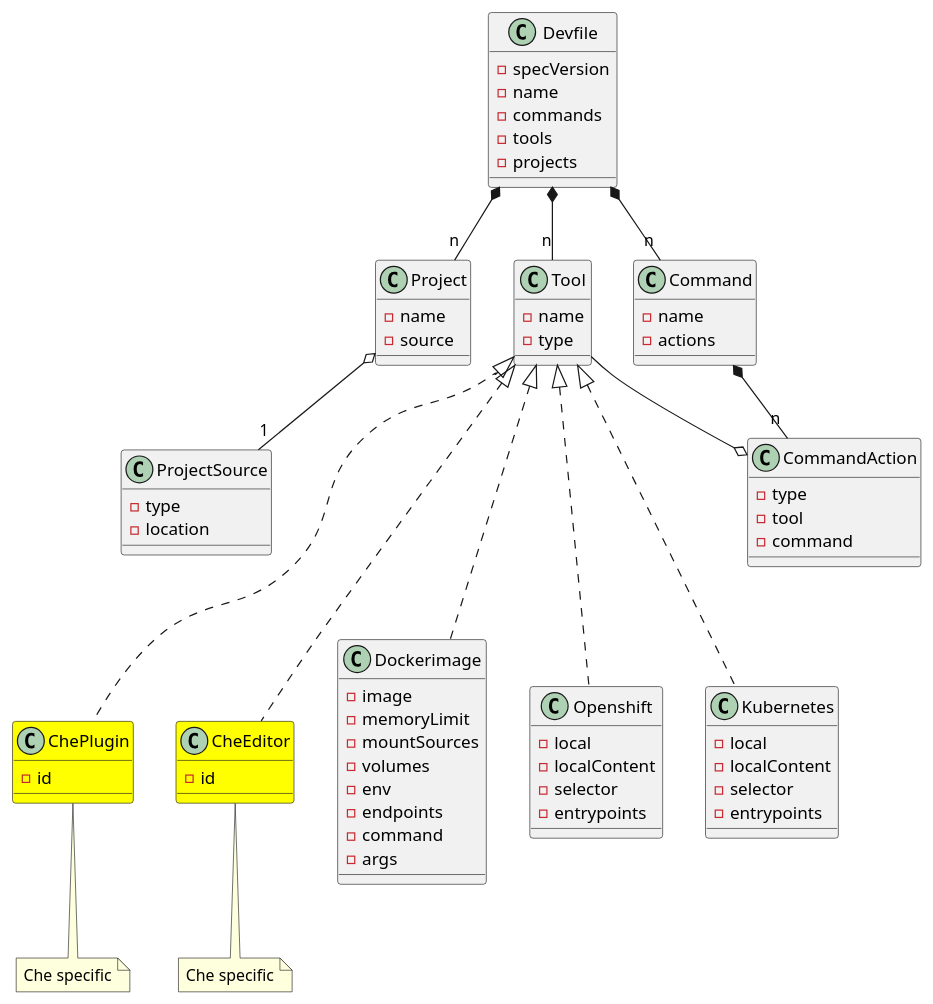
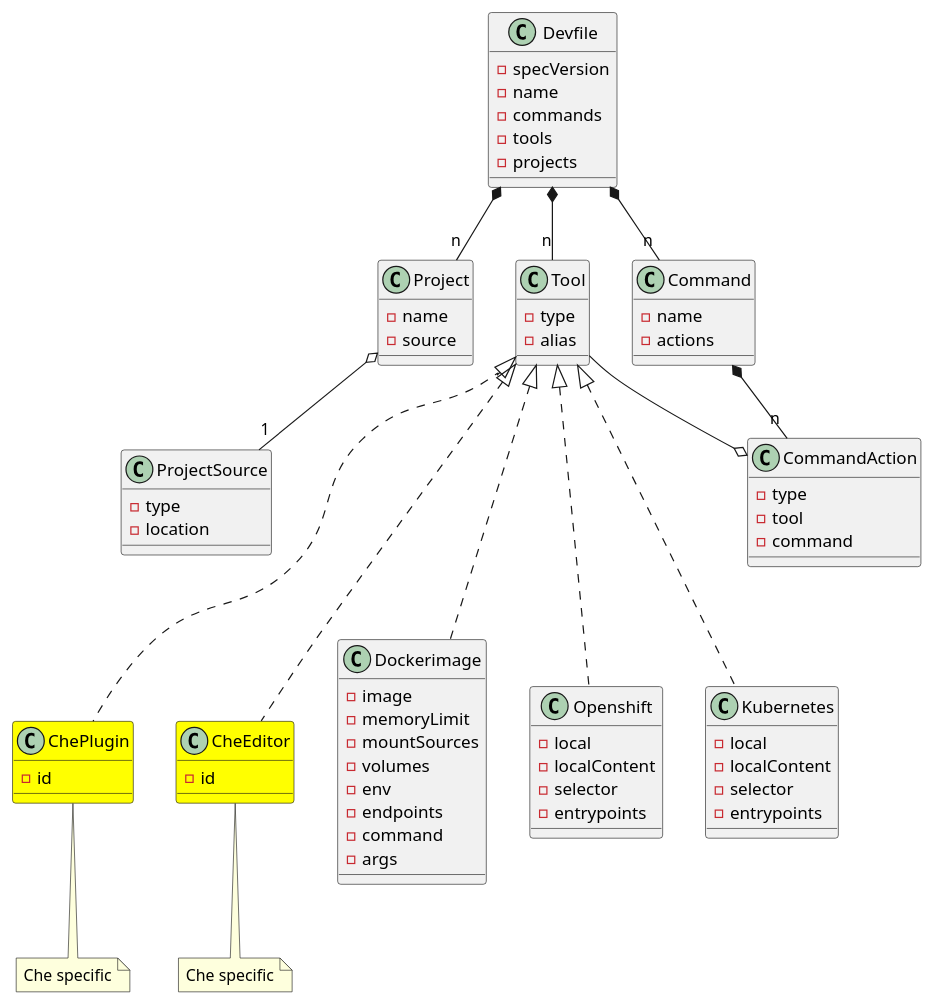
The diagram in devfile.plantuml (redhat-developer/devfile), drawn with PlantUML before and after one commit. The commit also changed 8 other files, not shown here.

Commit message:
Fix examples and diagrams in correspondence with latest changes

```diff
--- a/devfile.plantuml
+++ b/devfile.plantuml
@@ -1,101 +1,101 @@
 @startuml devfile
 
 class Devfile {
   - specVersion
   - name
   - commands
   - tools
   - projects
 }
 
 together {
   class Tool
   class Command
   class Project
 }
 
 Devfile *-- "n" Tool
 Devfile *-- "n" Command
 Devfile *-- "n" Project
 
 class Tool {
-    - name
     - type
+    - alias
 }
 
 
 Tool <|-.. Dockerimage
 Tool <|-.. Openshift
 Tool <|-.. Kubernetes
 Tool <|-.. ChePlugin
 Tool <|-.. CheEditor
 
 class Command {
   - name
   - actions
 }
 
 Command *-- "n" CommandAction
 CommandAction o-- Tool
 
 class CommandAction {
   - type
   - tool
   - command
 }
 
 class Project {
   - name
   - source
 }
 
 Project o-- "1" ProjectSource
 
 class ProjectSource {
   - type
   - location
 }
 
 Project -[hidden]> Tool
 Tool -[hidden]> Command
 ProjectSource -[hidden]> CommandAction
 
 class Dockerimage {
    - image
    - memoryLimit
    - mountSources
    - volumes
    - env
    - endpoints
    - command
    - args
 }
 
 class Openshift {
   - local
   - localContent
   - selector
   - entrypoints
 }
 
 class Kubernetes {
   - local
   - localContent
   - selector
   - entrypoints
 }
 
 class ChePlugin #yellow {
   - id
 }
 note bottom of ChePlugin: Che specific
 
 class CheEditor #yellow {
   - id
 }
 note bottom of CheEditor: Che specific
 
 ChePlugin -[hidden]> CheEditor
 CheEditor -[hidden]> Dockerimage
 
 @enduml
```
